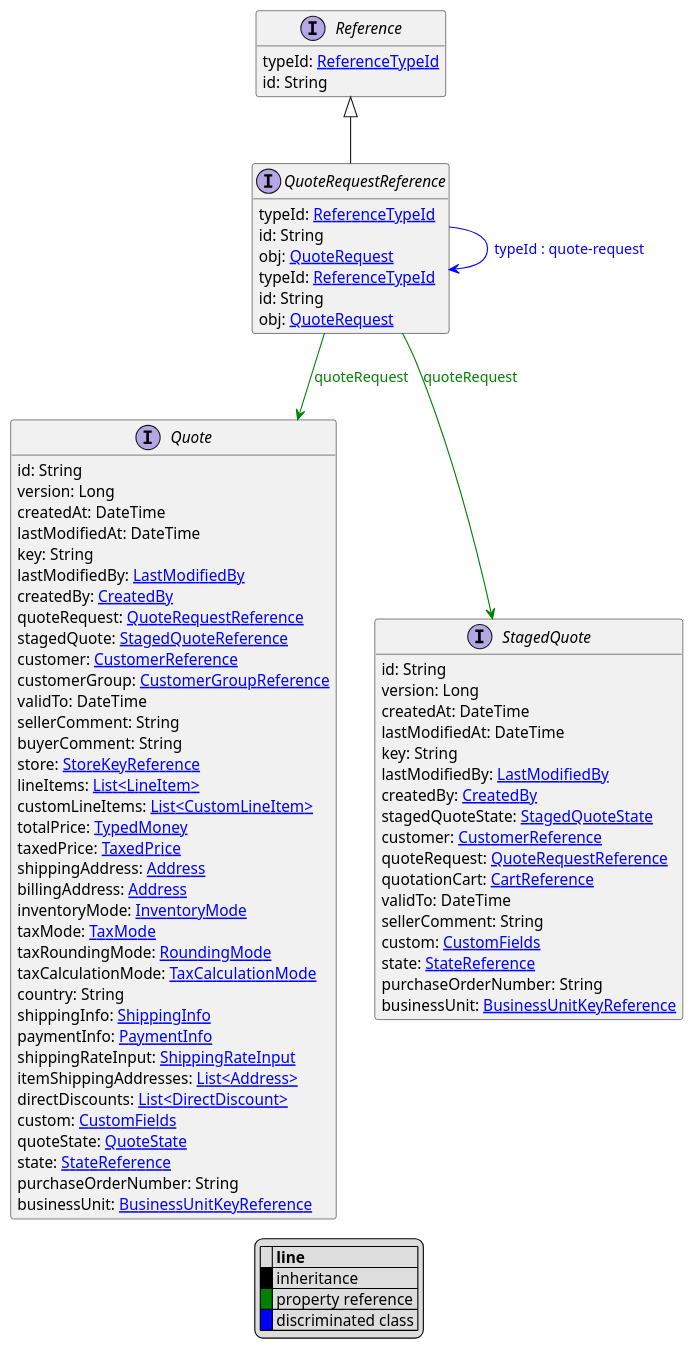
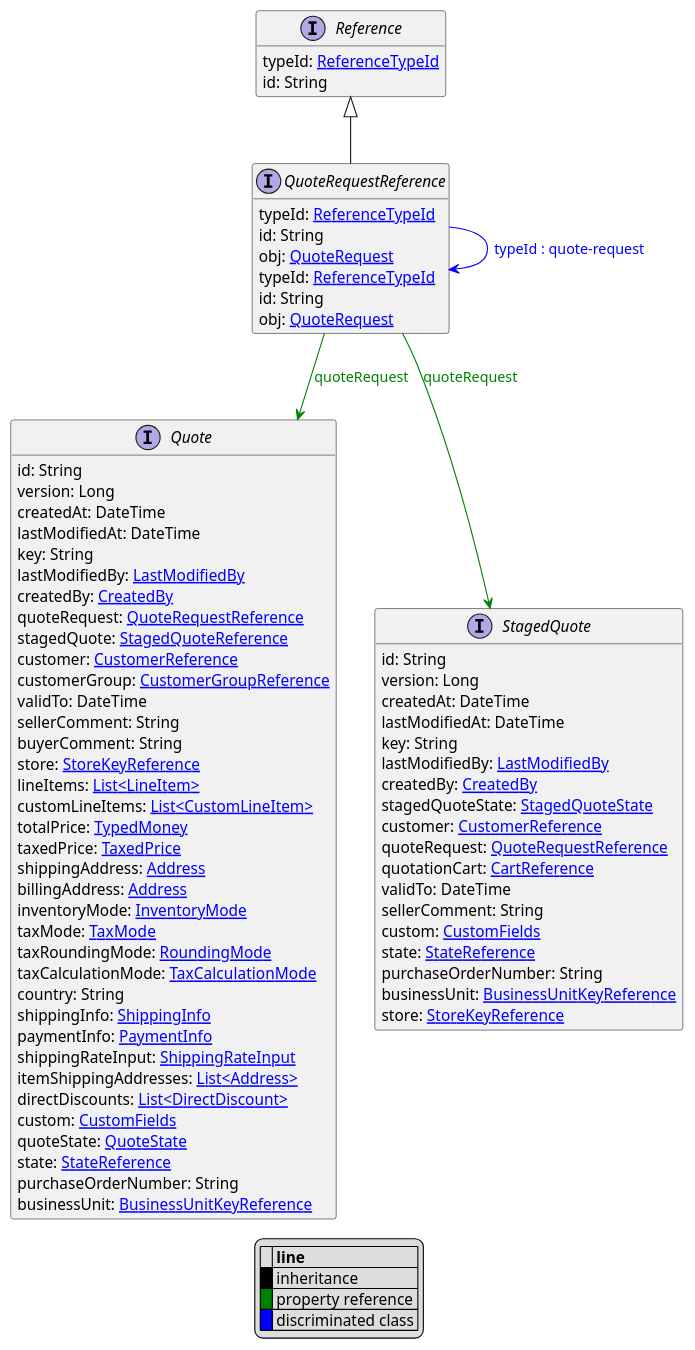
The diagram in uml/api/QuoteRequestReference.puml (commercetools/commercetools-api-reference), drawn with PlantUML before and after one commit. The commit also changed 1162 other files, not shown here.

```diff
--- a/uml/api/QuoteRequestReference.puml
+++ b/uml/api/QuoteRequestReference.puml
@@ -1,86 +1,87 @@
 @startuml
 
 hide empty fields
 hide empty methods
 legend
 |= |= line |
 |<back:black>   </back>| inheritance |
 |<back:green>   </back>| property reference |
 |<back:blue>   </back>| discriminated class |
 endlegend
 interface QuoteRequestReference [[QuoteRequestReference.svg]] extends Reference {
     typeId: [[ReferenceTypeId.svg ReferenceTypeId]]
     id: String
     obj: [[QuoteRequest.svg QuoteRequest]]
 }
 interface Reference [[Reference.svg]]  {
     typeId: [[ReferenceTypeId.svg ReferenceTypeId]]
     id: String
 }
 
 interface QuoteRequestReference [[QuoteRequestReference.svg]]  {
     typeId: [[ReferenceTypeId.svg ReferenceTypeId]]
     id: String
     obj: [[QuoteRequest.svg QuoteRequest]]
 }
 interface Quote [[Quote.svg]]  {
     id: String
     version: Long
     createdAt: DateTime
     lastModifiedAt: DateTime
     key: String
     lastModifiedBy: [[LastModifiedBy.svg LastModifiedBy]]
     createdBy: [[CreatedBy.svg CreatedBy]]
     quoteRequest: [[QuoteRequestReference.svg QuoteRequestReference]]
     stagedQuote: [[StagedQuoteReference.svg StagedQuoteReference]]
     customer: [[CustomerReference.svg CustomerReference]]
     customerGroup: [[CustomerGroupReference.svg CustomerGroupReference]]
     validTo: DateTime
     sellerComment: String
     buyerComment: String
     store: [[StoreKeyReference.svg StoreKeyReference]]
     lineItems: [[LineItem.svg List<LineItem>]]
     customLineItems: [[CustomLineItem.svg List<CustomLineItem>]]
     totalPrice: [[TypedMoney.svg TypedMoney]]
     taxedPrice: [[TaxedPrice.svg TaxedPrice]]
     shippingAddress: [[Address.svg Address]]
     billingAddress: [[Address.svg Address]]
     inventoryMode: [[InventoryMode.svg InventoryMode]]
     taxMode: [[TaxMode.svg TaxMode]]
     taxRoundingMode: [[RoundingMode.svg RoundingMode]]
     taxCalculationMode: [[TaxCalculationMode.svg TaxCalculationMode]]
     country: String
     shippingInfo: [[ShippingInfo.svg ShippingInfo]]
     paymentInfo: [[PaymentInfo.svg PaymentInfo]]
     shippingRateInput: [[ShippingRateInput.svg ShippingRateInput]]
     itemShippingAddresses: [[Address.svg List<Address>]]
     directDiscounts: [[DirectDiscount.svg List<DirectDiscount>]]
     custom: [[CustomFields.svg CustomFields]]
     quoteState: [[QuoteState.svg QuoteState]]
     state: [[StateReference.svg StateReference]]
     purchaseOrderNumber: String
     businessUnit: [[BusinessUnitKeyReference.svg BusinessUnitKeyReference]]
 }
 interface StagedQuote [[StagedQuote.svg]]  {
     id: String
     version: Long
     createdAt: DateTime
     lastModifiedAt: DateTime
     key: String
     lastModifiedBy: [[LastModifiedBy.svg LastModifiedBy]]
     createdBy: [[CreatedBy.svg CreatedBy]]
     stagedQuoteState: [[StagedQuoteState.svg StagedQuoteState]]
     customer: [[CustomerReference.svg CustomerReference]]
     quoteRequest: [[QuoteRequestReference.svg QuoteRequestReference]]
     quotationCart: [[CartReference.svg CartReference]]
     validTo: DateTime
     sellerComment: String
     custom: [[CustomFields.svg CustomFields]]
     state: [[StateReference.svg StateReference]]
     purchaseOrderNumber: String
     businessUnit: [[BusinessUnitKeyReference.svg BusinessUnitKeyReference]]
+    store: [[StoreKeyReference.svg StoreKeyReference]]
 }
 QuoteRequestReference --> QuoteRequestReference #blue;text:blue : "typeId : quote-request"
 QuoteRequestReference --> Quote #green;text:green : "quoteRequest"
 QuoteRequestReference --> StagedQuote #green;text:green : "quoteRequest"
 @enduml
```
